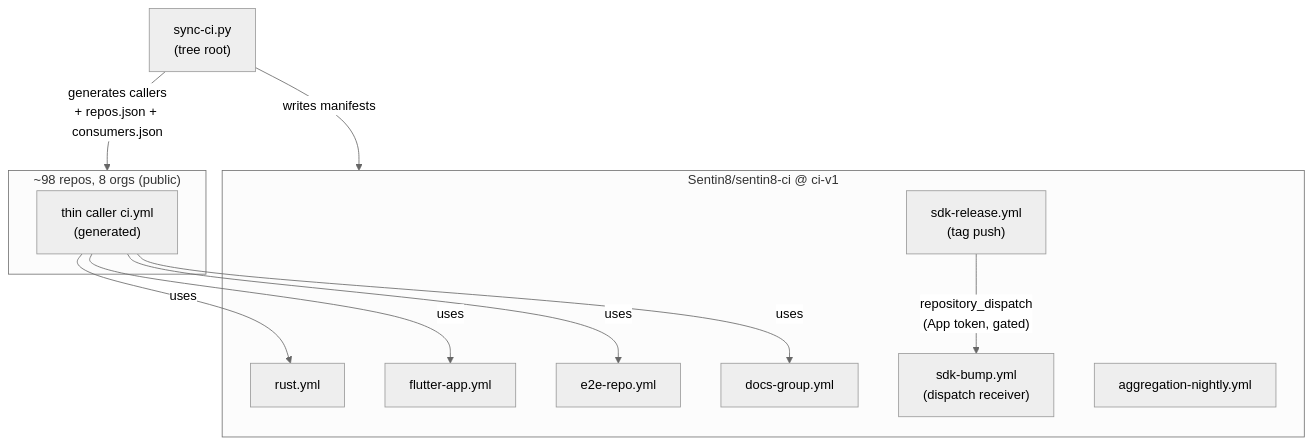
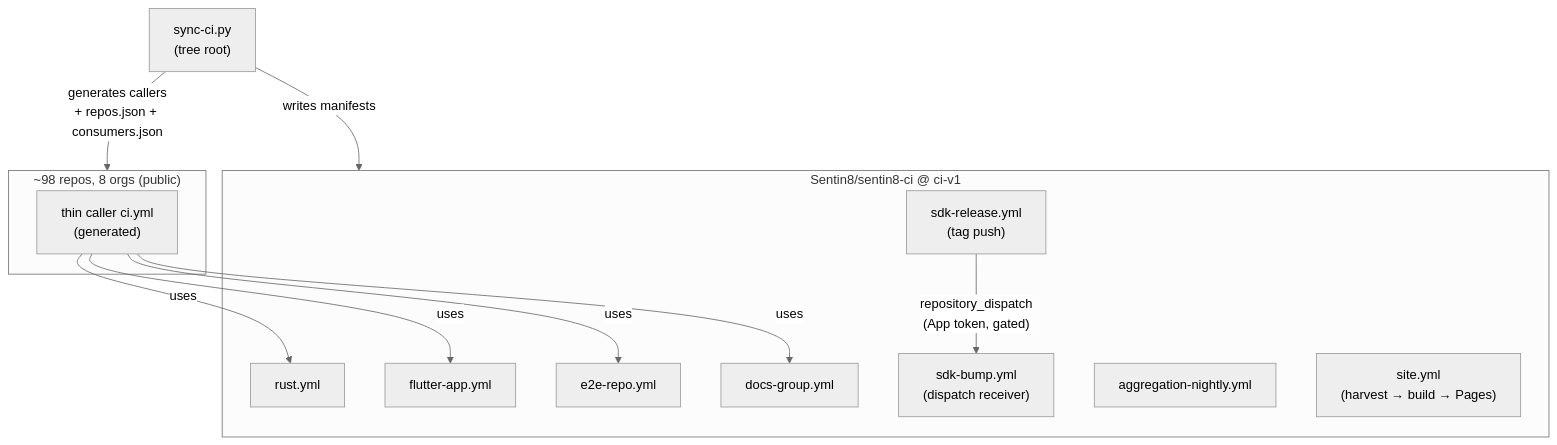
Before and after one commit to Sentin8/sentin8-ci: the diagram in README.md, drawn with Mermaid (neutral theme). The commit also changed other lines of this file and 1 other file, not shown here.

Commit message:
site.yml: reusable website lane (harvest → build → GitHub Pages deploy) for sentin8.dev + {vertical}.dev sites (WEB §6)

````diff
--- a/README.md
+++ b/README.md
@@ -30,22 +30,23 @@
 ```mermaid
 graph TD
     subgraph Repos["~98 repos, 8 orgs (public)"]
         C["thin caller ci.yml<br/>(generated)"]
     end
     subgraph CI["Sentin8/sentin8-ci @ ci-v1"]
         W1["rust.yml"]
         W2["flutter-app.yml"]
         W3["e2e-repo.yml"]
         W4["docs-group.yml"]
         W5["sdk-release.yml<br/>(tag push)"]
         W6["sdk-bump.yml<br/>(dispatch receiver)"]
         W7["aggregation-nightly.yml"]
+        W8["site.yml<br/>(harvest → build → Pages)"]
     end
     C -- "uses" --> W1
     C -- "uses" --> W2
     C -- "uses" --> W3
     C -- "uses" --> W4
     W5 -- "repository_dispatch<br/>(App token, gated)" --> W6
     S["sync-ci.py<br/>(tree root)"] -- "generates callers<br/>+ repos.json + consumers.json" --> Repos
     S -- "writes manifests" --> CI
 ```
````
